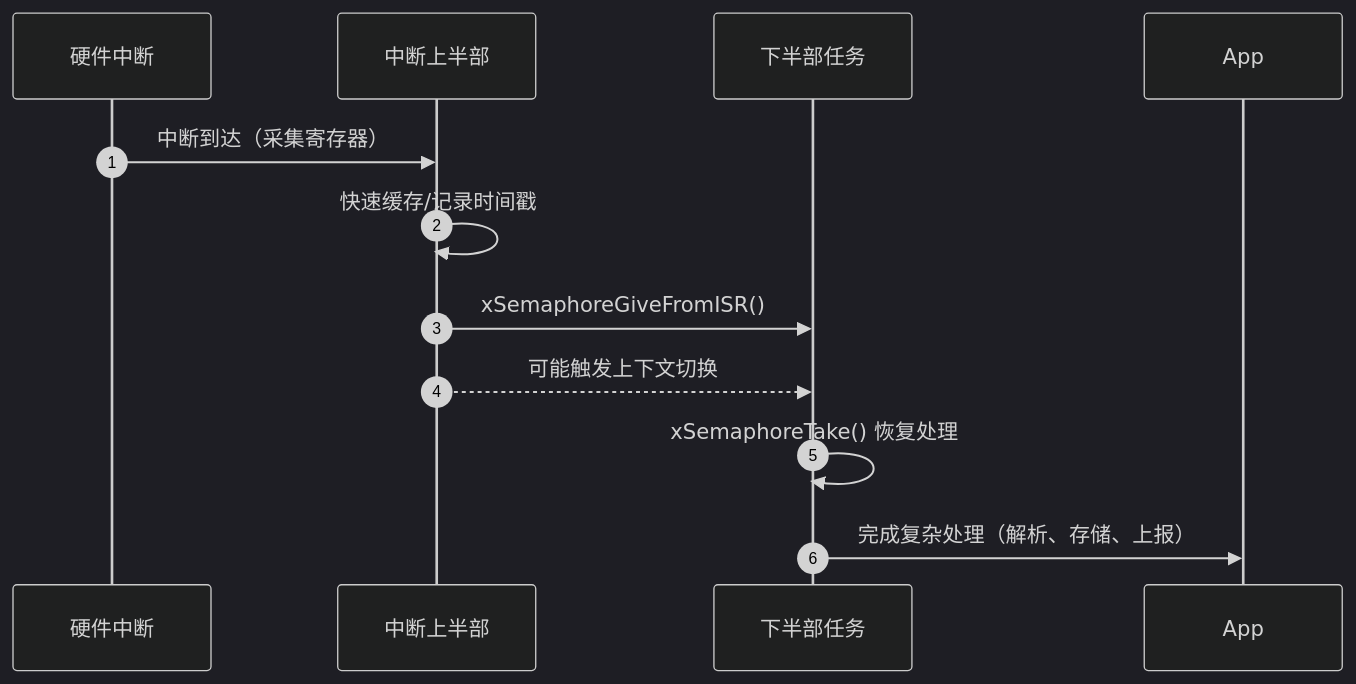
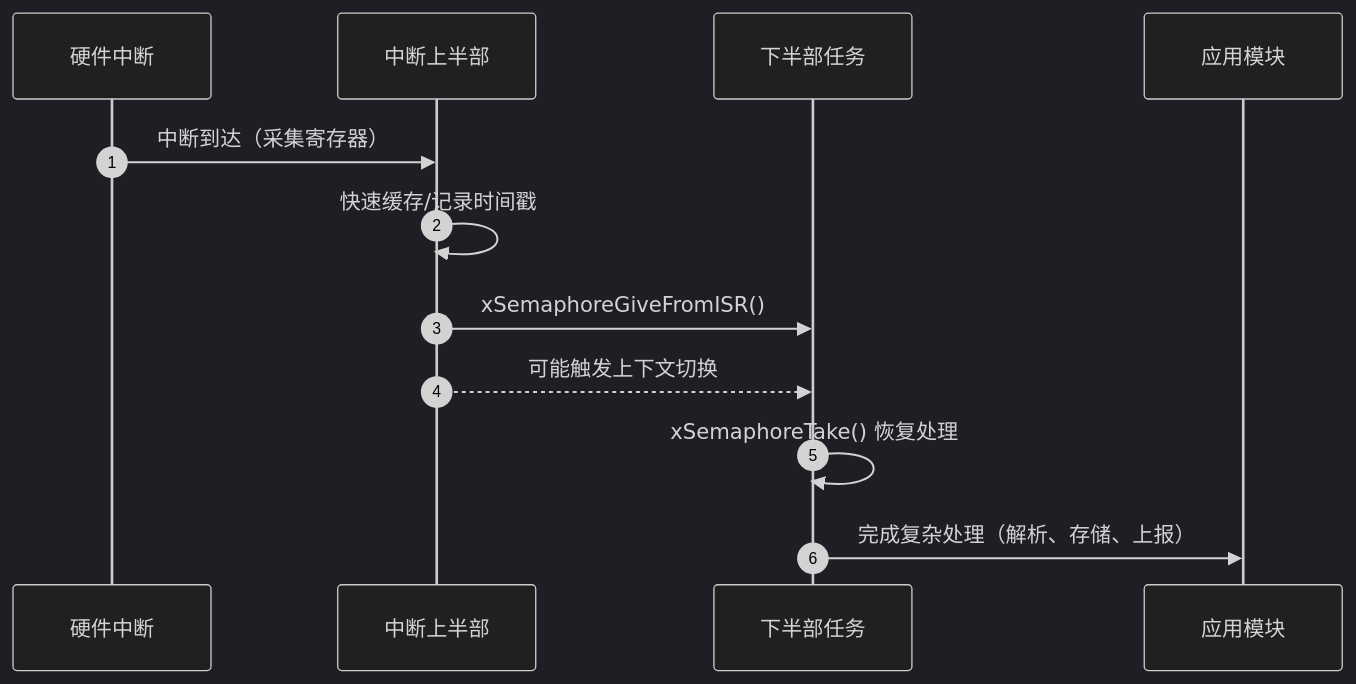
The fifth of 10 diagrams in docs/chapter4.md (roboticsystem/embedded-systems-grad-course), drawn with Mermaid (dark theme) before and after one commit. The commit also changed other lines of this file and 7 other files, not shown here.

First line of the commit message:
feat(docs): 增加课程中的 mermaid 绘图支持

````diff
--- a/docs/chapter4.md
+++ b/docs/chapter4.md
@@ -674,13 +675,14 @@
 ```mermaid
 sequenceDiagram
     autonumber
     participant IRQ as 硬件中断
     participant ISR as 中断上半部
     participant Task as 下半部任务
+    participant App as 应用模块
     IRQ->>ISR: 中断到达（采集寄存器）
     ISR->>ISR: 快速缓存/记录时间戳
     ISR->>Task: xSemaphoreGiveFromISR()
     ISR-->>Task: 可能触发上下文切换
     Task->>Task: xSemaphoreTake() 恢复处理
     Task->>App: 完成复杂处理（解析、存储、上报）
 ```
````
